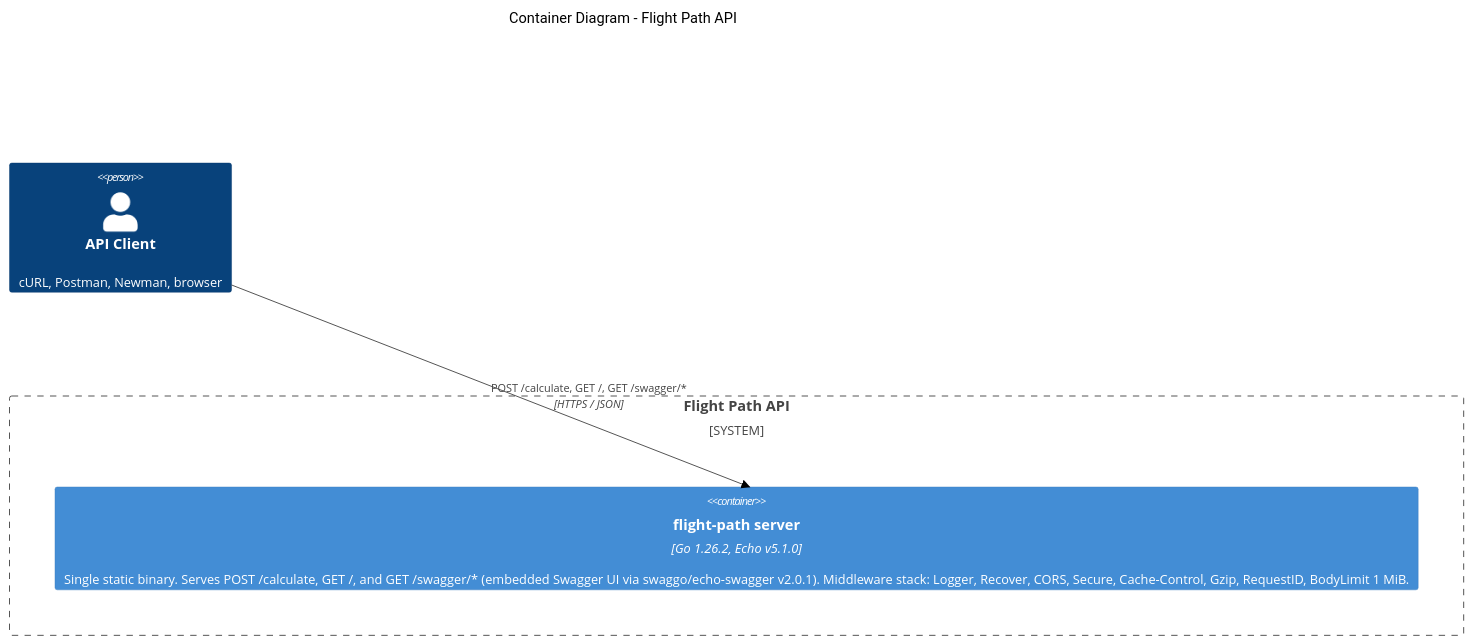
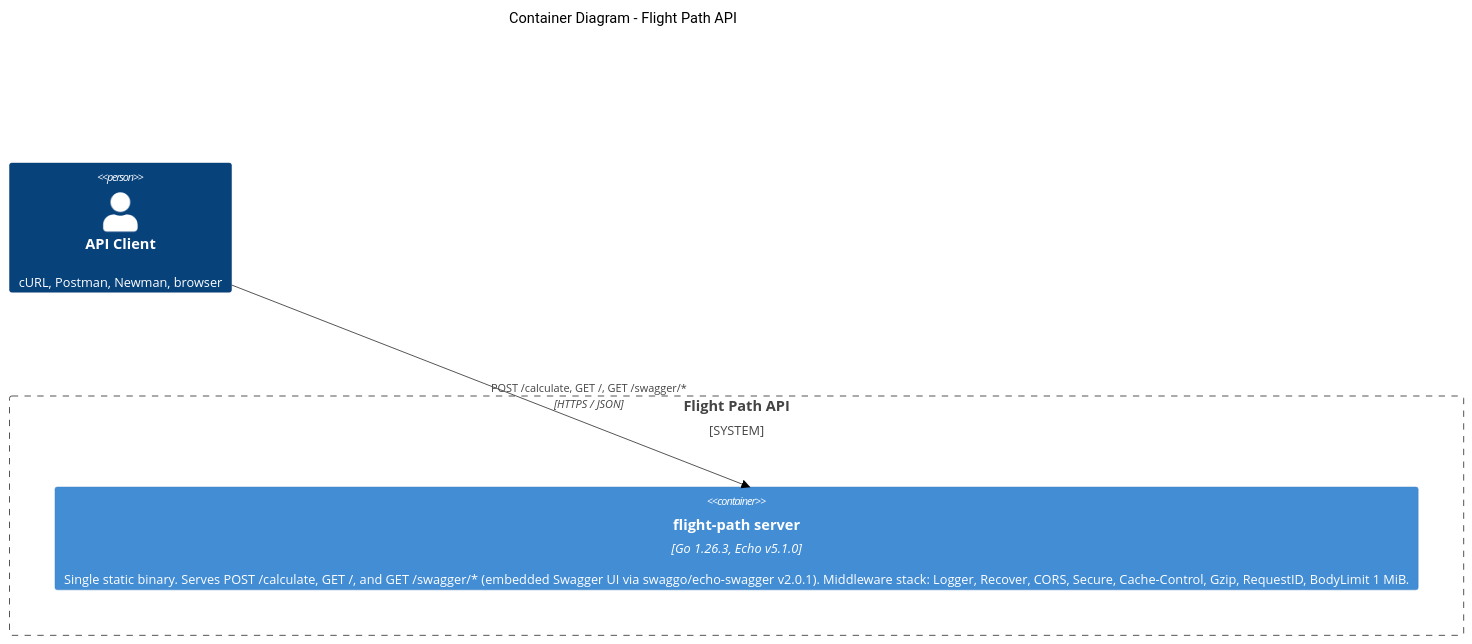
Before and after one commit to AndriyKalashnykov/flight-path: the first of 5 diagrams in docs/ARCHITECTURE.md, drawn with Mermaid (forest theme). The commit also changed 8 other files, not shown here.

````diff
--- a/docs/ARCHITECTURE.md
+++ b/docs/ARCHITECTURE.md
@@ -13,14 +13,14 @@
 ```mermaid
 C4Container
     title Container Diagram - Flight Path API
 
     Person(client, "API Client", "cURL, Postman, Newman, browser")
 
     System_Boundary(api, "Flight Path API") {
-        Container(server, "flight-path server", "Go 1.26.2, Echo v5.1.0", "Single static binary. Serves POST /calculate, GET /, and GET /swagger/* (embedded Swagger UI via swaggo/echo-swagger v2.0.1). Middleware stack: Logger, Recover, CORS, Secure, Cache-Control, Gzip, RequestID, BodyLimit 1 MiB.")
+        Container(server, "flight-path server", "Go 1.26.3, Echo v5.1.0", "Single static binary. Serves POST /calculate, GET /, and GET /swagger/* (embedded Swagger UI via swaggo/echo-swagger v2.0.1). Middleware stack: Logger, Recover, CORS, Secure, Cache-Control, Gzip, RequestID, BodyLimit 1 MiB.")
     }
 
     Rel(client, server, "POST /calculate, GET /, GET /swagger/*", "HTTPS / JSON")
 
     UpdateLayoutConfig($showLegend="true")
 ```
````
